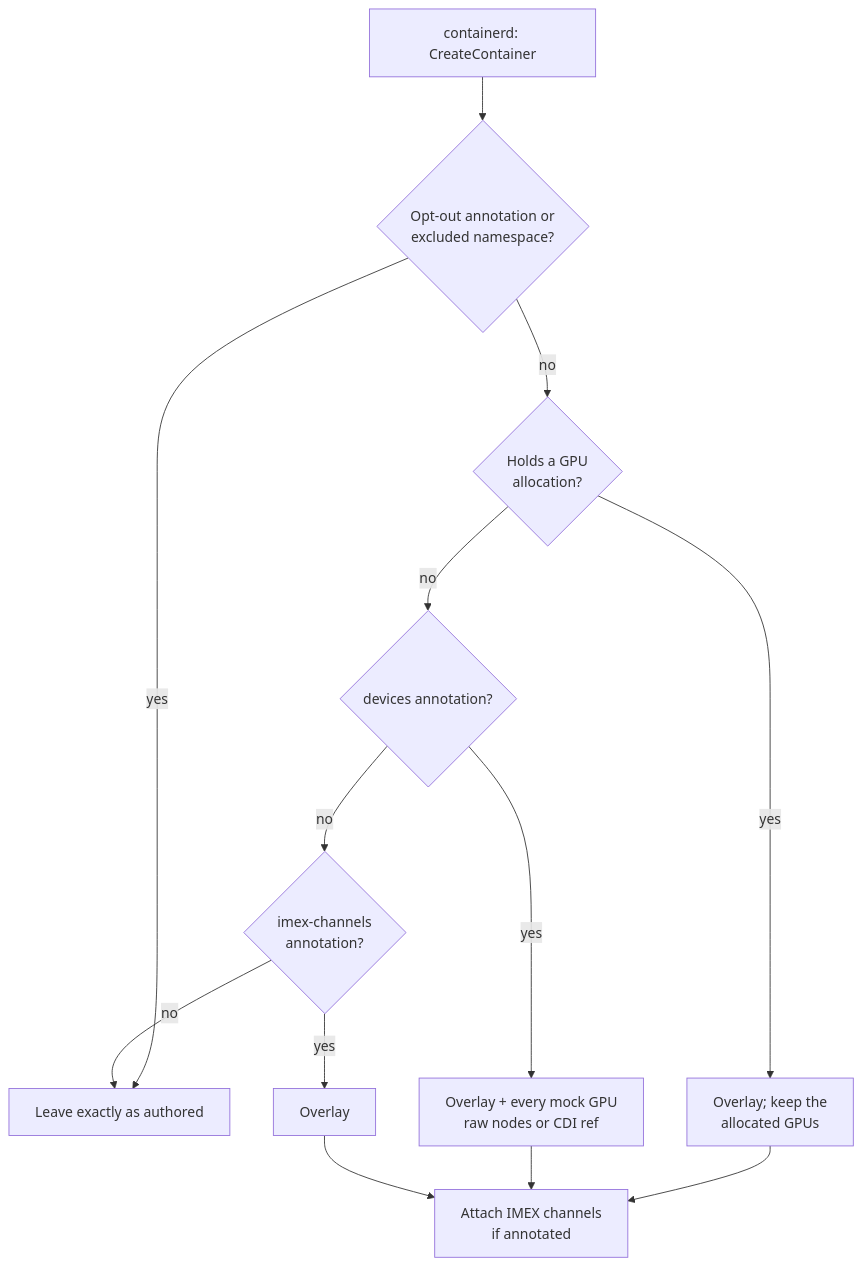
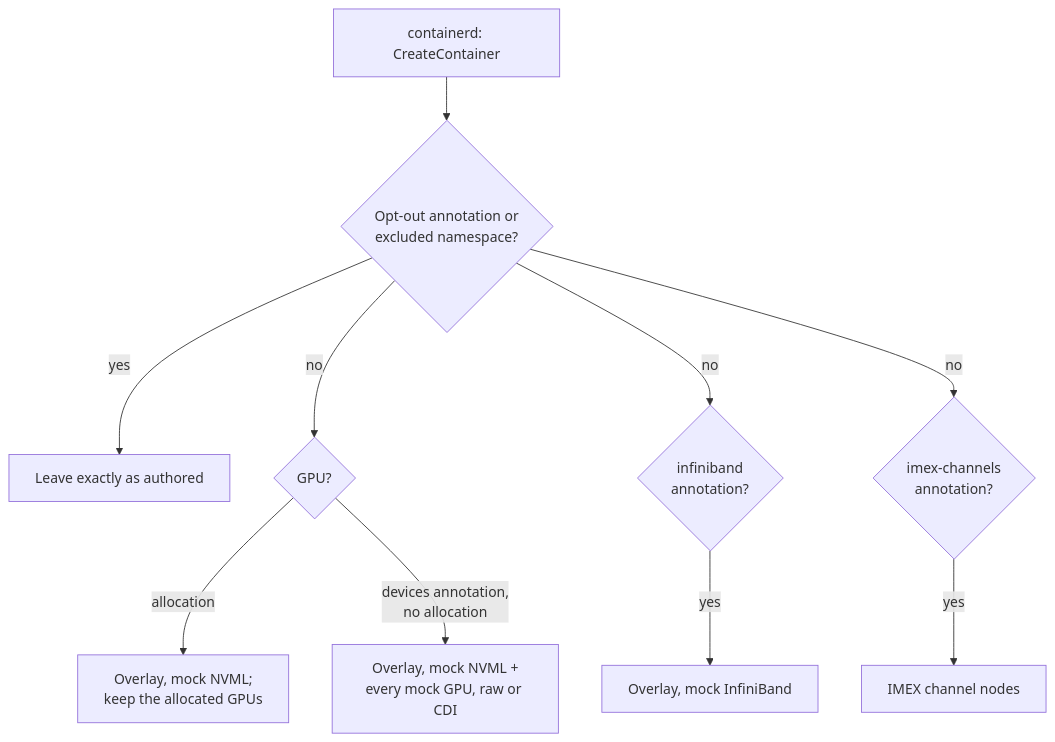
The diagram in docs/components/nri-plugin.md (NVIDIA/k8s-test-infra), drawn with Mermaid before and after one commit. The commit also changed other lines of this file and 29 other files, not shown here.

First line of the commit message:
feat(nri): select GPU, InfiniBand and IMEX independently (#964)

````diff
--- a/docs/components/nri-plugin.md
+++ b/docs/components/nri-plugin.md
@@ -54,15 +73,12 @@
 ```mermaid
 flowchart TB
     create[containerd: CreateContainer] --> skip{Opt-out annotation or<br/>excluded namespace?}
     skip -->|yes| asis[Leave exactly as authored]
-    skip -->|no| alloc{Holds a GPU<br/>allocation?}
-    alloc -->|yes| keep[Overlay; keep the<br/>allocated GPUs]
-    alloc -->|no| mgmt{devices annotation?}
-    mgmt -->|yes| all[Overlay + every mock GPU<br/>raw nodes or CDI ref]
-    mgmt -->|no| imexq{imex-channels<br/>annotation?}
-    imexq -->|yes| imexonly[Overlay]
-    imexq -->|no| asis
-    keep --> imex[Attach IMEX channels<br/>if annotated]
-    all --> imex
-    imexonly --> imex
+    skip -->|no| gpu{GPU?}
+    skip -->|no| ib{infiniband<br/>annotation?}
+    skip -->|no| imex{imex-channels<br/>annotation?}
+    gpu -->|allocation| keep[Overlay, mock NVML;<br/>keep the allocated GPUs]
+    gpu -->|devices annotation,<br/>no allocation| all[Overlay, mock NVML +<br/>every mock GPU, raw or CDI]
+    ib -->|yes| fabric[Overlay, mock InfiniBand]
+    imex -->|yes| channels[IMEX channel nodes]
 ```
````
